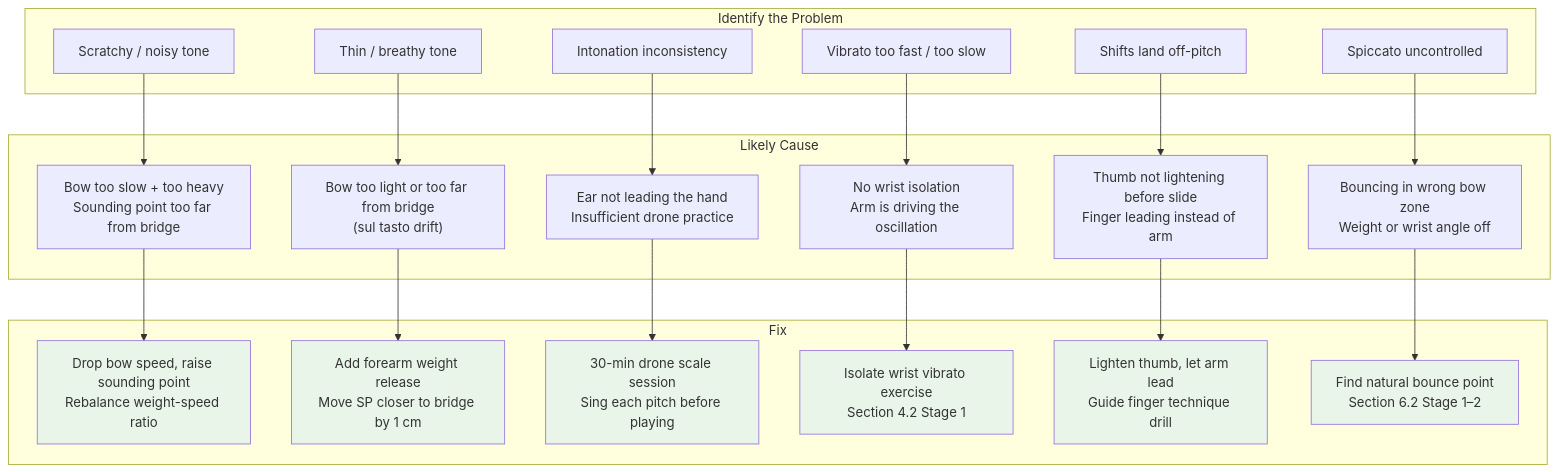
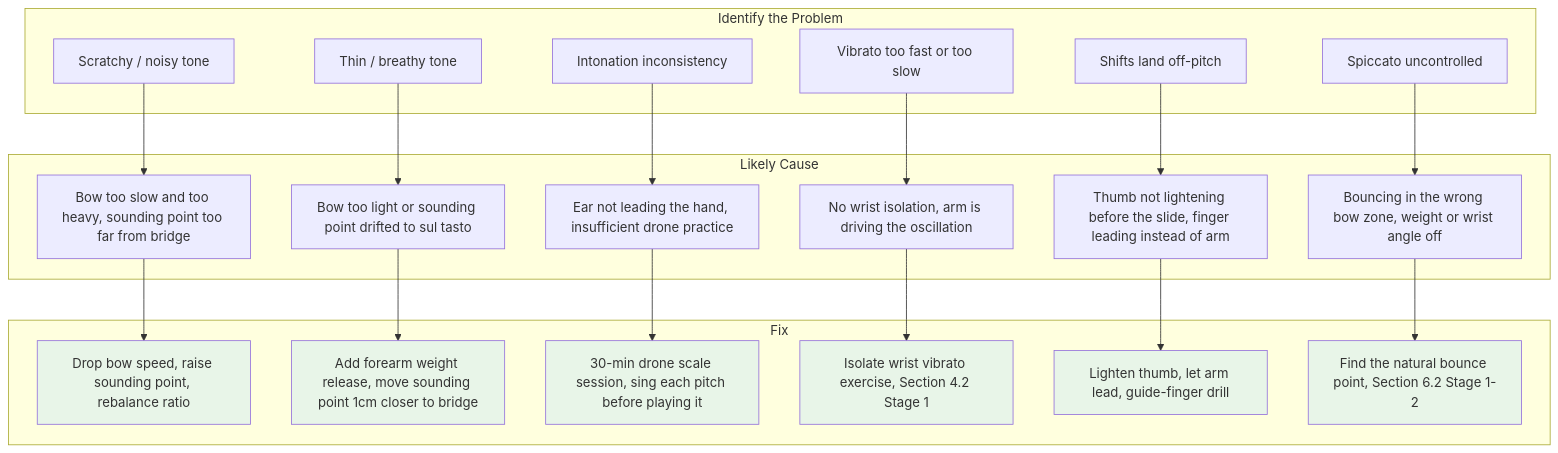
Before and after one commit to blebleblee/synapse: the sixth of 8 diagrams in topics/arts/music_performance/strings/lesson_01_string_techniques.md, drawn with Mermaid. The commit also changed other lines of this file and 4 other files, not shown here.

````diff
--- a/topics/arts/music_performance/strings/lesson_01_string_techniques.md
+++ b/topics/arts/music_performance/strings/lesson_01_string_techniques.md
@@ -595,43 +578,43 @@
 ```mermaid
 flowchart TD
     subgraph sub_problem ["Identify the Problem"]
         P1["Scratchy / noisy tone"]
         P2["Thin / breathy tone"]
         P3["Intonation inconsistency"]
-        P4["Vibrato too fast / too slow"]
+        P4["Vibrato too fast or too slow"]
         P5["Shifts land off-pitch"]
         P6["Spiccato uncontrolled"]
     end
 
     subgraph sub_cause ["Likely Cause"]
-        C1["Bow too slow + too heavy<br/>Sounding point too far from bridge"]
-        C2["Bow too light or too far from bridge<br/>(sul tasto drift)"]
-        C3["Ear not leading the hand<br/>Insufficient drone practice"]
-        C4["No wrist isolation<br/>Arm is driving the oscillation"]
-        C5["Thumb not lightening before slide<br/>Finger leading instead of arm"]
-        C6["Bouncing in wrong bow zone<br/>Weight or wrist angle off"]
+        C1["Bow too slow and too heavy, sounding point too far from bridge"]
+        C2["Bow too light or sounding point drifted to sul tasto"]
+        C3["Ear not leading the hand, insufficient drone practice"]
+        C4["No wrist isolation, arm is driving the oscillation"]
+        C5["Thumb not lightening before the slide, finger leading instead of arm"]
+        C6["Bouncing in the wrong bow zone, weight or wrist angle off"]
     end
 
     subgraph sub_fix ["Fix"]
-        F1["Drop bow speed, raise sounding point<br/>Rebalance weight-speed ratio"]
-        F2["Add forearm weight release<br/>Move SP closer to bridge by 1 cm"]
-        F3["30-min drone scale session<br/>Sing each pitch before playing"]
-        F4["Isolate wrist vibrato exercise<br/>Section 4.2 Stage 1"]
-        F5["Lighten thumb, let arm lead<br/>Guide finger technique drill"]
-        F6["Find natural bounce point<br/>Section 6.2 Stage 1–2"]
+        F1["Drop bow speed, raise sounding point, rebalance ratio"]
+        F2["Add forearm weight release, move sounding point 1cm closer to bridge"]
+        F3["30-min drone scale session, sing each pitch before playing it"]
+        F4["Isolate wrist vibrato exercise, Section 4.2 Stage 1"]
+        F5["Lighten thumb, let arm lead, guide-finger drill"]
+        F6["Find the natural bounce point, Section 6.2 Stage 1-2"]
     end
 
     P1 --> C1 --> F1
     P2 --> C2 --> F2
     P3 --> C3 --> F3
     P4 --> C4 --> F4
     P5 --> C5 --> F5
     P6 --> C6 --> F6
 
     style F1 fill:#e8f5e8
     style F2 fill:#e8f5e8
     style F3 fill:#e8f5e8
     style F4 fill:#e8f5e8
     style F5 fill:#e8f5e8
     style F6 fill:#e8f5e8
 ```
````
